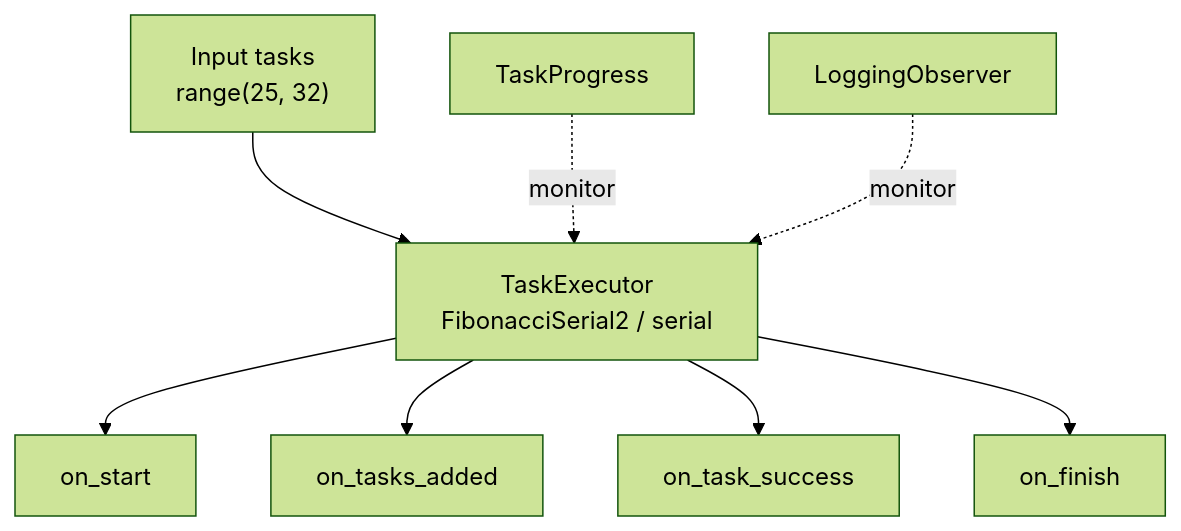
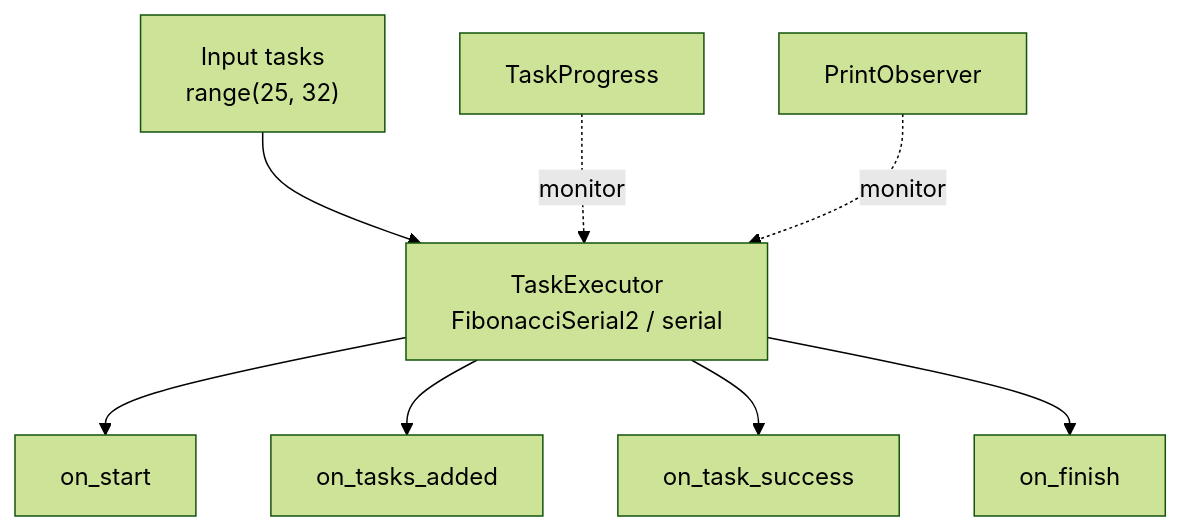
Before and after one commit to Mr-xiaotian/CelestialFlow: the diagram in docs/en/demo/demo_observer.md, drawn with Mermaid (forest theme). The commit also changed other lines of this file and 233 other files, not shown here.

````diff
--- a/docs/en/demo/demo_observer.md
+++ b/docs/en/demo/demo_observer.md
@@ -25,10 +25,10 @@
 ```mermaid
 flowchart TB
     Input["Input tasks<br/>range(25, 32)"] --> Executor["TaskExecutor<br/>FibonacciSerial2 / serial"]
     Progress["TaskProgress"] -.monitor.-> Executor
-    Custom["LoggingObserver"] -.monitor.-> Executor
+    Custom["PrintObserver"] -.monitor.-> Executor
     Executor --> Start["on_start"]
     Executor --> Added["on_tasks_added"]
     Executor --> Success["on_task_success"]
     Executor --> Finish["on_finish"]
 ```
````
